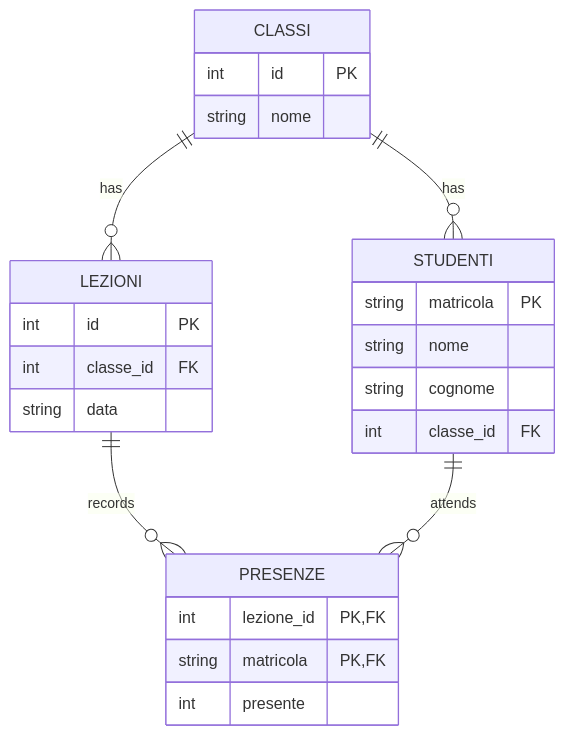
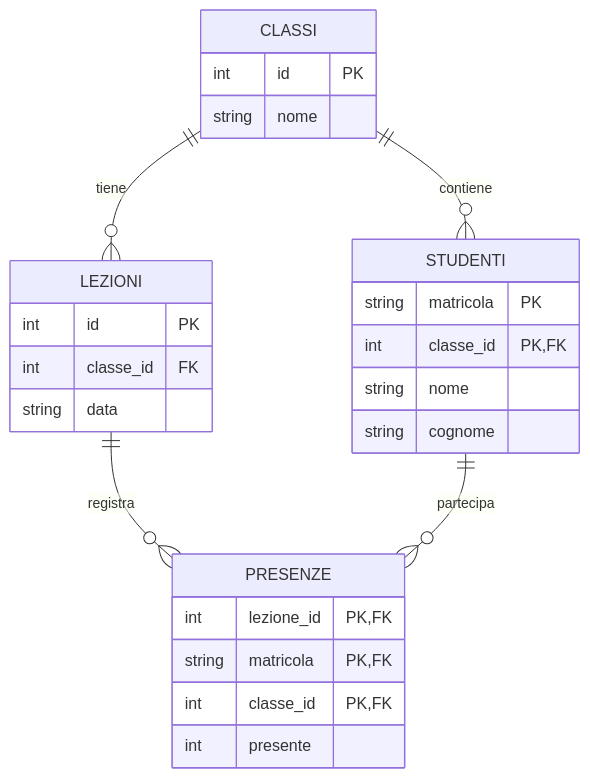
The diagram in README.md (GiovanniPanizzi/herio-attendance-tracker), drawn with Mermaid before and after one commit. The commit also changed 3 other files, not shown here.

Commit message:
cambiato il db relazionale per rendere gli studenti più dipendenti dalle classi, così da evitare problemi di aggiunta e eliminazione degli studenti

````diff
--- a/README.md
+++ b/README.md
@@ -5,28 +5,32 @@
 ```mermaid
 erDiagram
     CLASSI {
         int id PK
         string nome
     }
+
     STUDENTI {
         string matricola PK
+        int classe_id PK, FK
         string nome
         string cognome
-        int classe_id FK
     }
+
     LEZIONI {
         int id PK
         int classe_id FK
         string data
     }
+
     PRESENZE {
-        int lezione_id PK,FK
-        string matricola PK,FK
+        int lezione_id PK, FK
+        string matricola PK, FK
+        int classe_id PK, FK
         int presente
     }
 
-    CLASSI ||--o{ STUDENTI : has
-    CLASSI ||--o{ LEZIONI : has
-    LEZIONI ||--o{ PRESENZE : records
-    STUDENTI ||--o{ PRESENZE : attends
+    CLASSI ||--o{ STUDENTI : contiene
+    CLASSI ||--o{ LEZIONI : tiene
+    LEZIONI ||--o{ PRESENZE : registra
+    STUDENTI ||--o{ PRESENZE : partecipa
 ```
````
